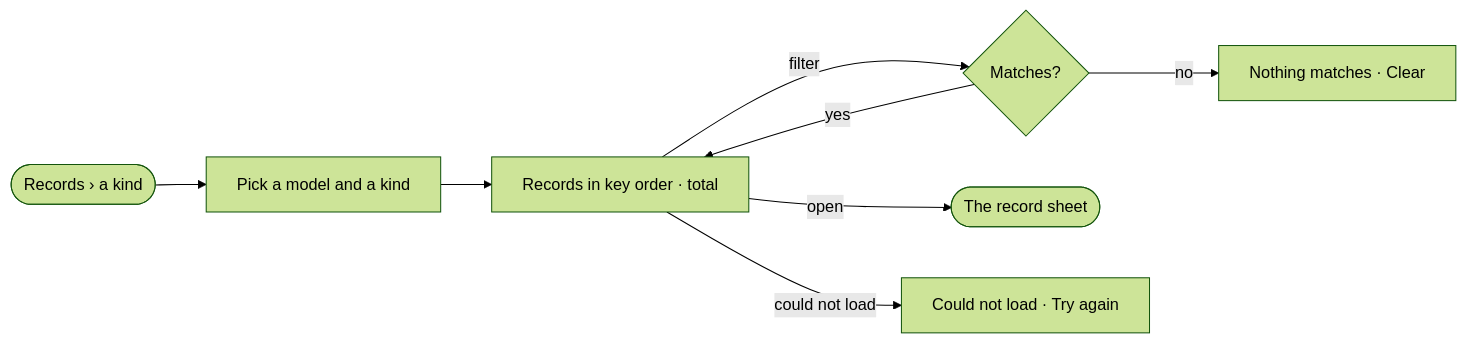
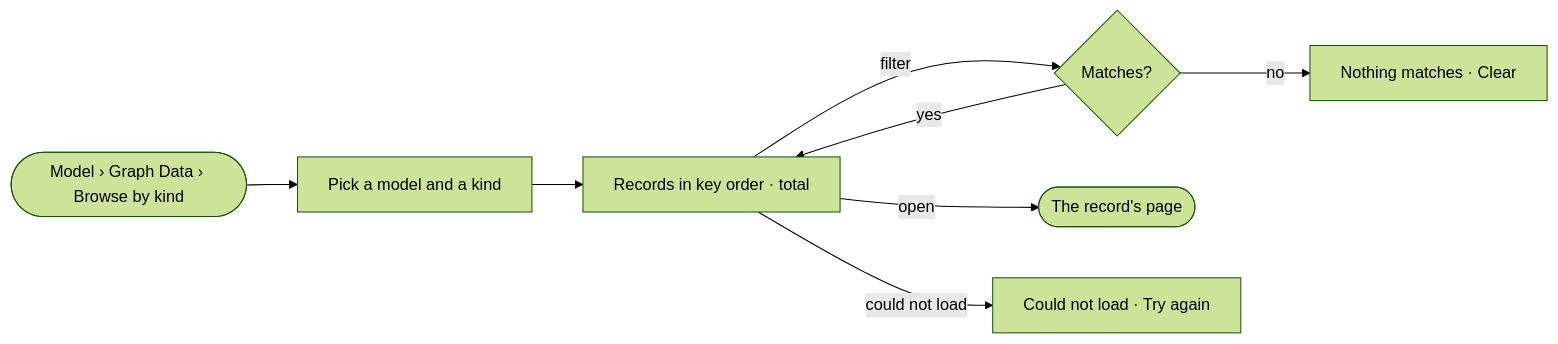
Before and after one commit to invana/invana: the diagram in specs/capabilities/records/features/RC-F01-records-by-kind/stories/RC-01-browse-the-records-of-a-kind/story.md, drawn with Mermaid (forest theme). The commit also changed other lines of this file and 133 other files, not shown here.

````diff
--- a/specs/capabilities/records/features/RC-F01-records-by-kind/stories/RC-01-browse-the-records-of-a-kind/story.md
+++ b/specs/capabilities/records/features/RC-F01-records-by-kind/stories/RC-01-browse-the-records-of-a-kind/story.md
@@ -27,9 +27,9 @@
 ```mermaid
 flowchart LR
-  a([Records › a kind]) --> k[Pick a model and a kind] --> l[Records in key order · total]
+  a([Model › Graph Data › Browse by kind]) --> k[Pick a model and a kind] --> l[Records in key order · total]
   l -->|filter| fl{Matches?}
   fl -->|no| ef[Nothing matches · Clear]
   fl -->|yes| l
-  l -->|open| r([The record sheet])
+  l -->|open| r([The record's page])
   l -->|could not load| f[Could not load · Try again]
 ```
````
